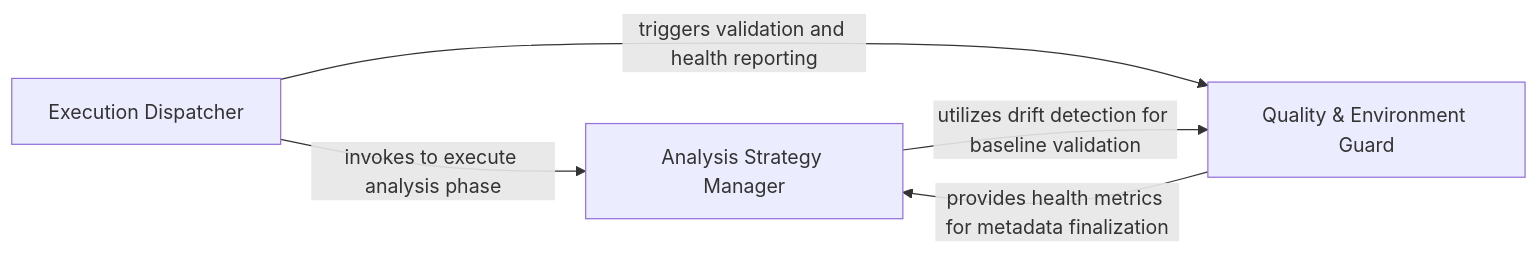
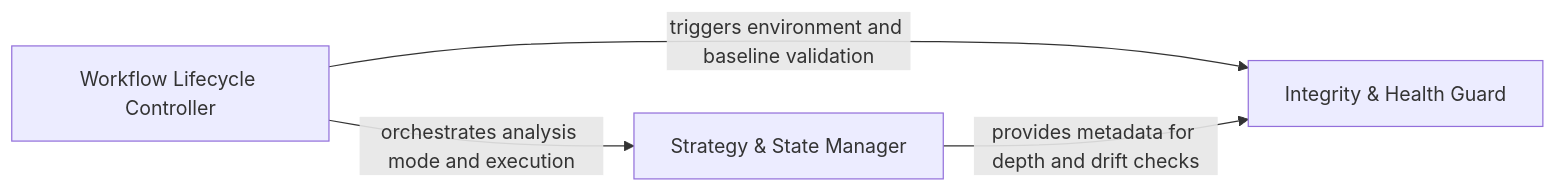
One commit to CodeBoarding/CodeBoarding-action changed the diagram in .codeboarding/Analysis_Orchestrator.md. Above: the diagram before and after it, drawn with Mermaid. The commit also changed other lines of this file and 5 other files, not shown here.

Commit message:
chore(codeboarding): sync architecture baseline

````diff
--- a/.codeboarding/Analysis_Orchestrator.md
+++ b/.codeboarding/Analysis_Orchestrator.md
@@ -1,10 +1,9 @@
 ```mermaid
 graph LR
-    Execution_Dispatcher["Execution Dispatcher"]
-    Analysis_Strategy_Manager["Analysis Strategy Manager"]
-    Quality_Environment_Guard["Quality & Environment Guard"]
-    Execution_Dispatcher -- "invokes to execute analysis phase" --> Analysis_Strategy_Manager
-    Execution_Dispatcher -- "triggers validation and health reporting" --> Quality_Environment_Guard
-    Analysis_Strategy_Manager -- "utilizes drift detection for baseline validation" --> Quality_Environment_Guard
-    Quality_Environment_Guard -- "provides health metrics for metadata finalization" --> Analysis_Strategy_Manager
+    Workflow_Lifecycle_Controller["Workflow Lifecycle Controller"]
+    Strategy_State_Manager["Strategy & State Manager"]
+    Integrity_Health_Guard["Integrity & Health Guard"]
+    Workflow_Lifecycle_Controller -- "orchestrates analysis mode and execution" --> Strategy_State_Manager
+    Workflow_Lifecycle_Controller -- "triggers environment and baseline validation" --> Integrity_Health_Guard
+    Strategy_State_Manager -- "provides metadata for depth and drift checks" --> Integrity_Health_Guard
 ```
````
